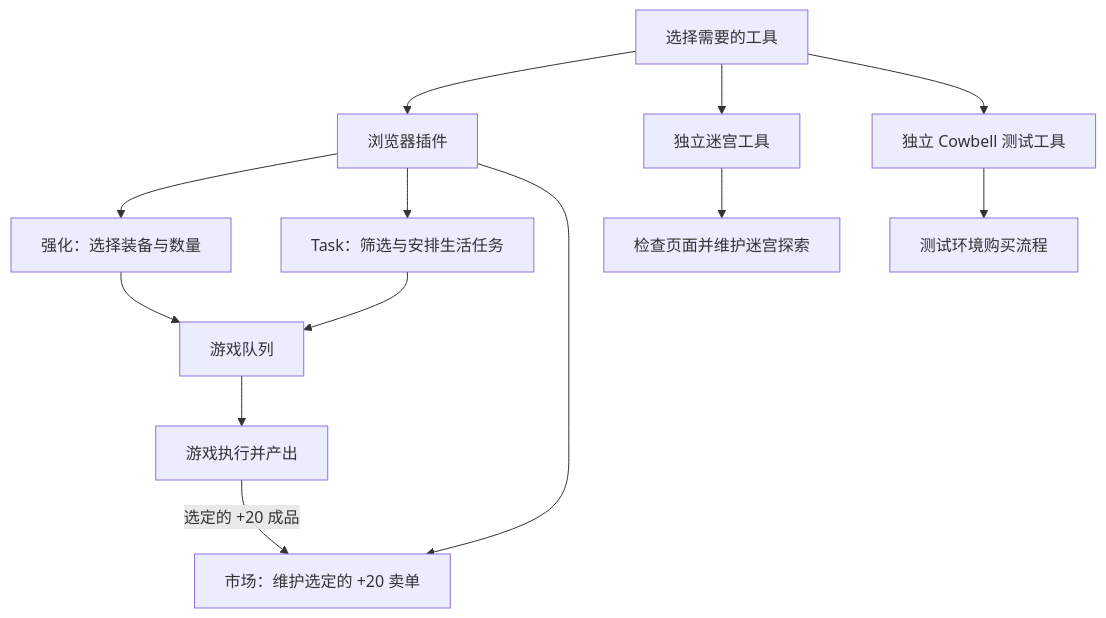
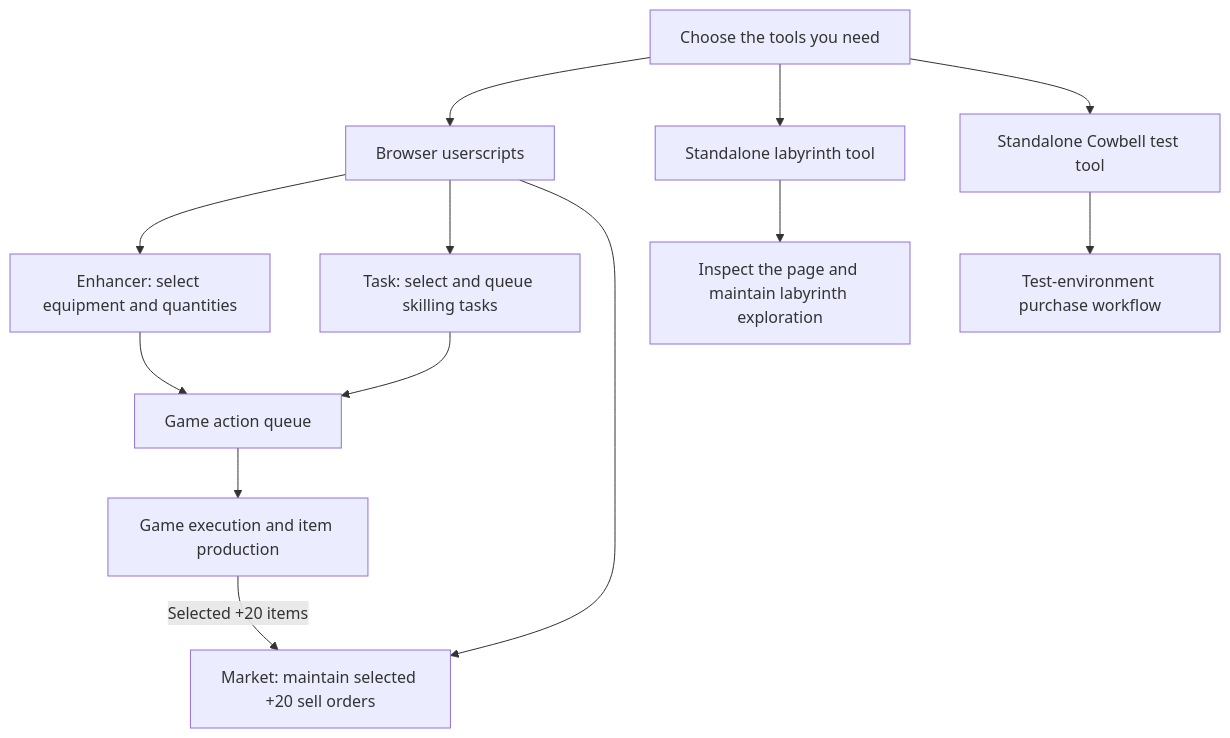
One commit to ZhonghuaM/Milky-Way changed the diagram in README.md. Above: the diagram before and after it, drawn with Mermaid. The commit also changed other lines of this file and 4 other files, not shown here.

````diff
--- a/README.md
+++ b/README.md
@@ -18,15 +18,15 @@
 ```mermaid
 flowchart TB
-    Choice["选择需要的工具"] --> Browser["浏览器插件"]
-    Choice --> Maze["独立迷宫工具"]
-    Choice --> Cowbell["独立 Cowbell 测试工具"]
-    Browser --> Enhancer["强化：选择装备与数量"]
-    Browser --> Tasks["Task：筛选与安排生活任务"]
-    Browser --> Market["市场：维护选定的 +20 卖单"]
-    Enhancer --> Queue["游戏队列"]
+    Choice["Choose the tools you need"] --> Browser["Browser userscripts"]
+    Choice --> Maze["Standalone labyrinth tool"]
+    Choice --> Cowbell["Standalone Cowbell test tool"]
+    Browser --> Enhancer["Enhancer: select equipment and quantities"]
+    Browser --> Tasks["Task: select and queue skilling tasks"]
+    Browser --> Market["Market: maintain selected +20 sell orders"]
+    Enhancer --> Queue["Game action queue"]
     Tasks --> Queue
-    Queue --> Production["游戏执行并产出"]
-    Production -->|"选定的 +20 成品"| Market
-    Maze --> Explore["检查页面并维护迷宫探索"]
-    Cowbell --> Test["测试环境购买流程"]
+    Queue --> Production["Game execution and item production"]
+    Production -->|"Selected +20 items"| Market
+    Maze --> Explore["Inspect the page and maintain labyrinth exploration"]
+    Cowbell --> Test["Test-environment purchase workflow"]
 ```
````
